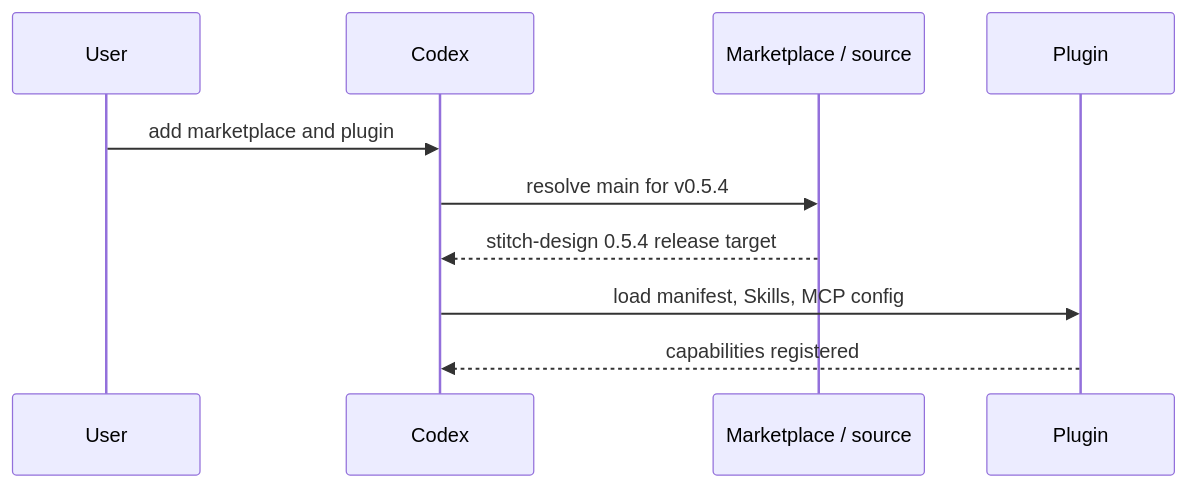
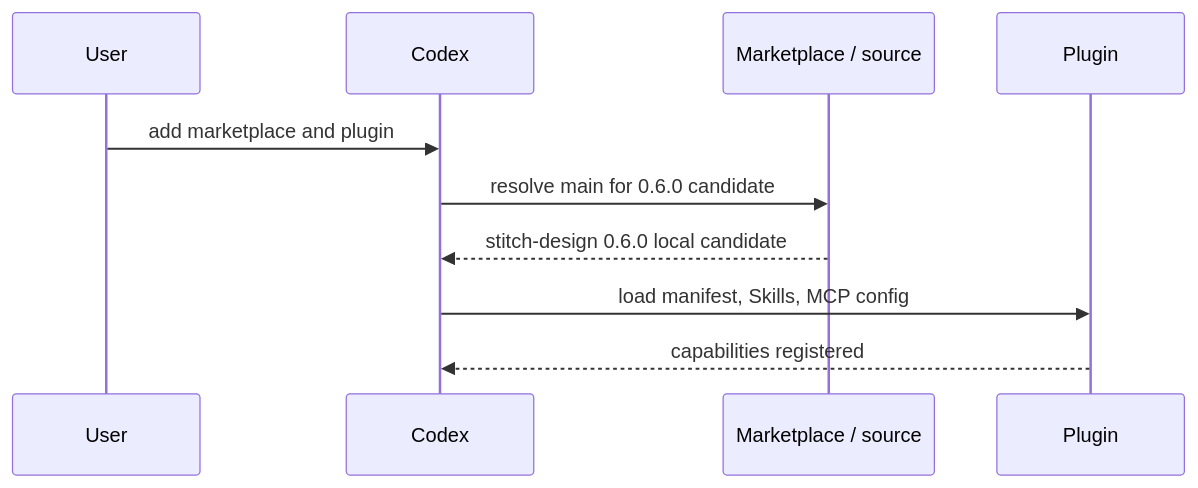
One commit to full-stack-plugins/stitch-design-plugin changed the seventh of 11 diagrams in docs/Stitch-Design-Architecture.md. Above: the diagram before and after it, drawn with Mermaid. The commit also changed other lines of this file and 30 other files, not shown here.

````diff
--- a/docs/Stitch-Design-Architecture.md
+++ b/docs/Stitch-Design-Architecture.md
@@ -160,12 +160,12 @@
 ```mermaid
 sequenceDiagram
     participant U as User
     participant C as Codex
     participant M as Marketplace / source
     participant P as Plugin
     U->>C: add marketplace and plugin
-    C->>M: resolve main for v0.5.4
-    M-->>C: stitch-design 0.5.4 release target
+    C->>M: resolve main for 0.6.0 candidate
+    M-->>C: stitch-design 0.6.0 local candidate
     C->>P: load manifest, Skills, MCP config
     P-->>C: capabilities registered
 ```
````
